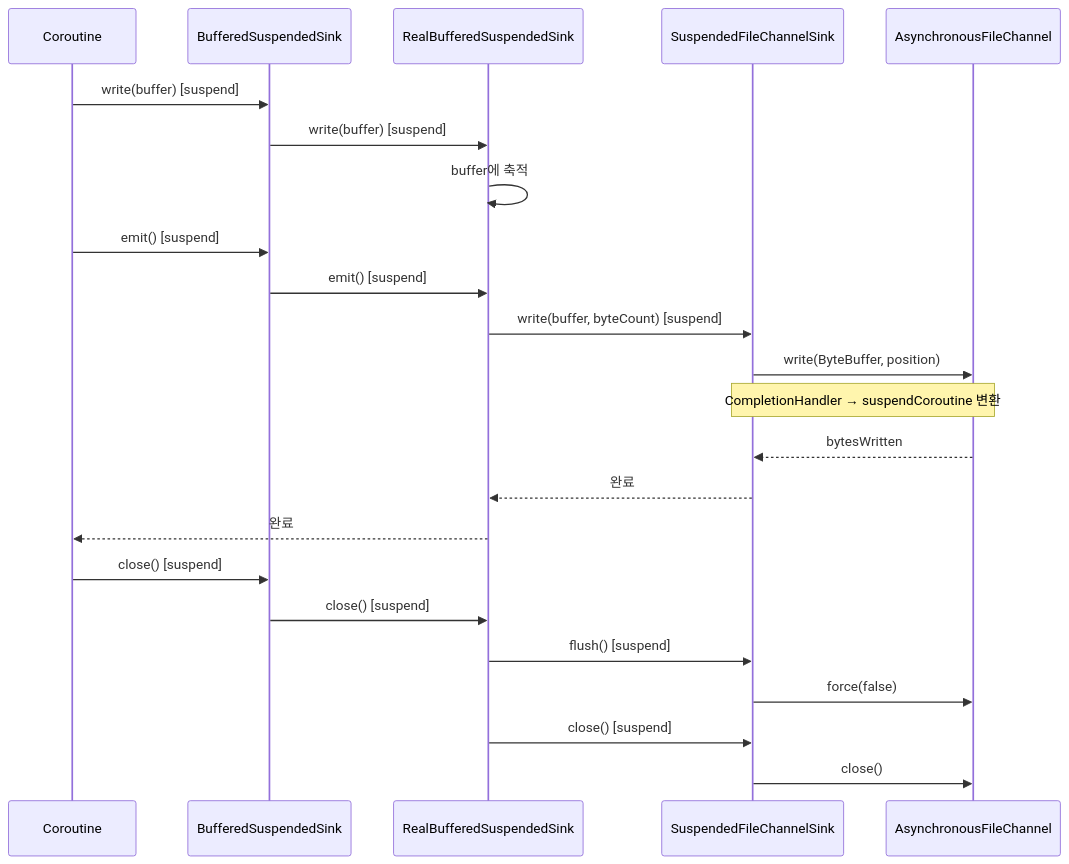
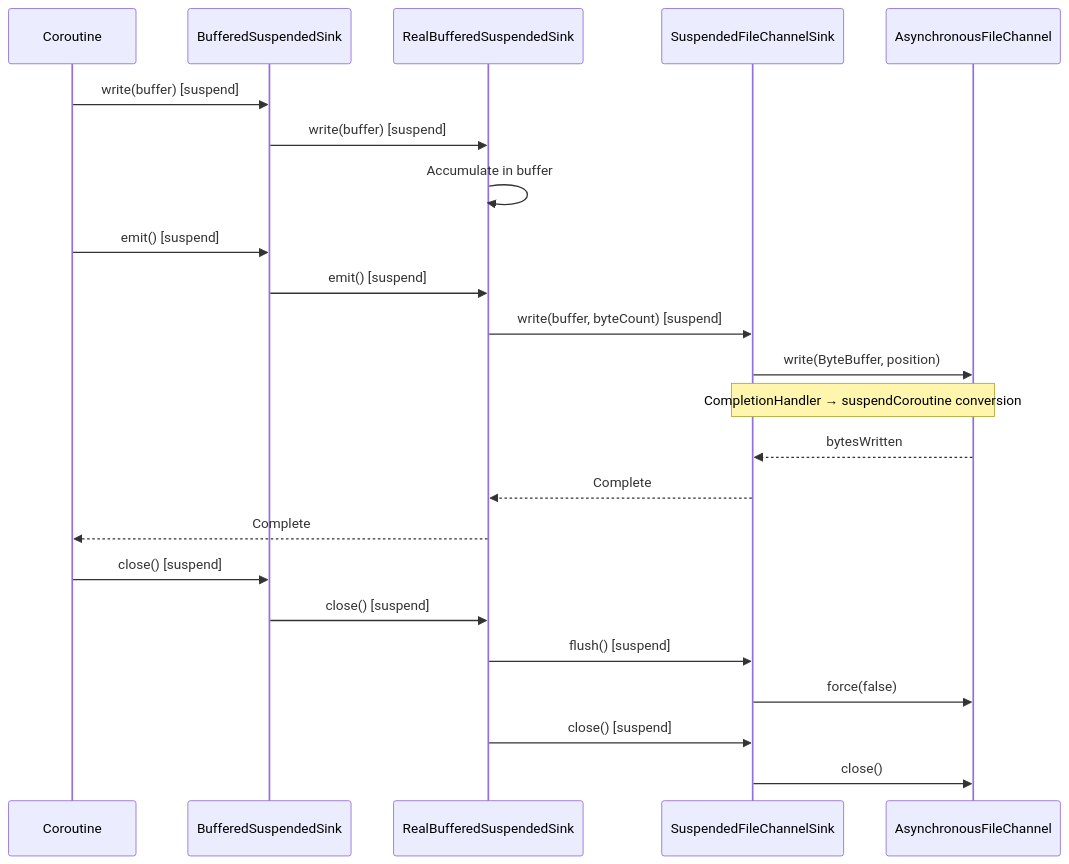
The ninth of 9 diagrams in io/okio/README.md (bluetape4k/bluetape4k-projects), drawn with Mermaid before and after one commit. The commit also changed other lines of this file and 265 other files, not shown here.

````diff
--- a/io/okio/README.md
+++ b/io/okio/README.md
@@ -644,27 +645,27 @@
 ```mermaid
 sequenceDiagram
     participant C as Coroutine
     participant BS as BufferedSuspendedSink
     participant RS as RealBufferedSuspendedSink
     participant FS as SuspendedFileChannelSink
     participant CH as AsynchronousFileChannel
 
     C->>BS: write(buffer) [suspend]
     BS->>RS: write(buffer) [suspend]
-    RS->>RS: buffer에 축적
+    RS->>RS: Accumulate in buffer
     C->>BS: emit() [suspend]
     BS->>RS: emit() [suspend]
     RS->>FS: write(buffer, byteCount) [suspend]
     FS->>CH: write(ByteBuffer, position)
-    Note over FS,CH: CompletionHandler → suspendCoroutine 변환
+    Note over FS,CH: CompletionHandler → suspendCoroutine conversion
     CH-->>FS: bytesWritten
-    FS-->>RS: 완료
-    RS-->>C: 완료
+    FS-->>RS: Complete
+    RS-->>C: Complete
 
     C->>BS: close() [suspend]
     BS->>RS: close() [suspend]
     RS->>FS: flush() [suspend]
     FS->>CH: force(false)
     RS->>FS: close() [suspend]
     FS->>CH: close()
 ```
````
